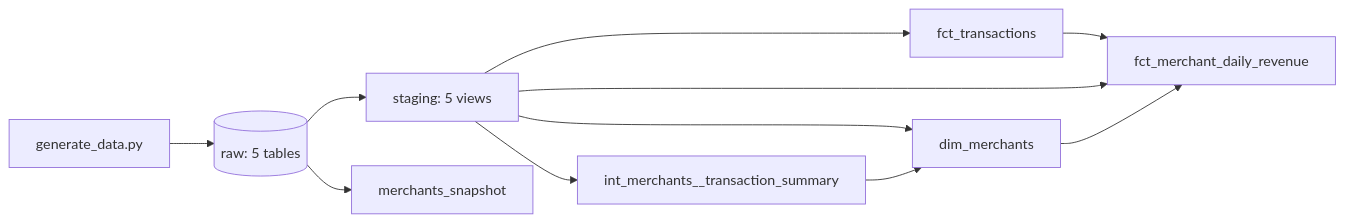
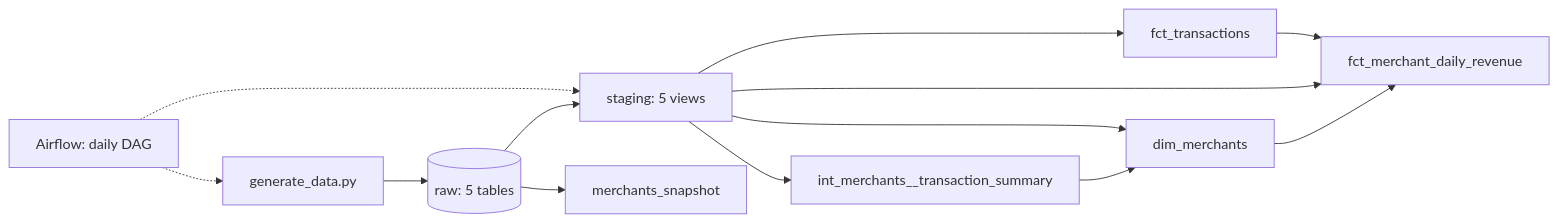
Before and after one commit to JasonZhou8686/payments-dw: the diagram in README.md, drawn with Mermaid. The commit also changed other lines of this file and 1 other file, not shown here.

Commit message:
docs: daily pipeline in README and SETUP, learning log day 6

````diff
--- a/README.md
+++ b/README.md
@@ -13,13 +14,15 @@
 ```mermaid
 flowchart LR
+    af[Airflow: daily DAG] -.-> gen
+    af -.-> stg
     gen[generate_data.py] --> raw[("raw: 5 tables")]
     raw --> stg["staging: 5 views"]
     raw --> snap[merchants_snapshot]
     stg --> int[int_merchants__transaction_summary]
     stg --> dim[dim_merchants]
     int --> dim
     stg --> fct[fct_transactions]
     fct --> daily[fct_merchant_daily_revenue]
     stg --> daily
     dim --> daily
 ```
````
